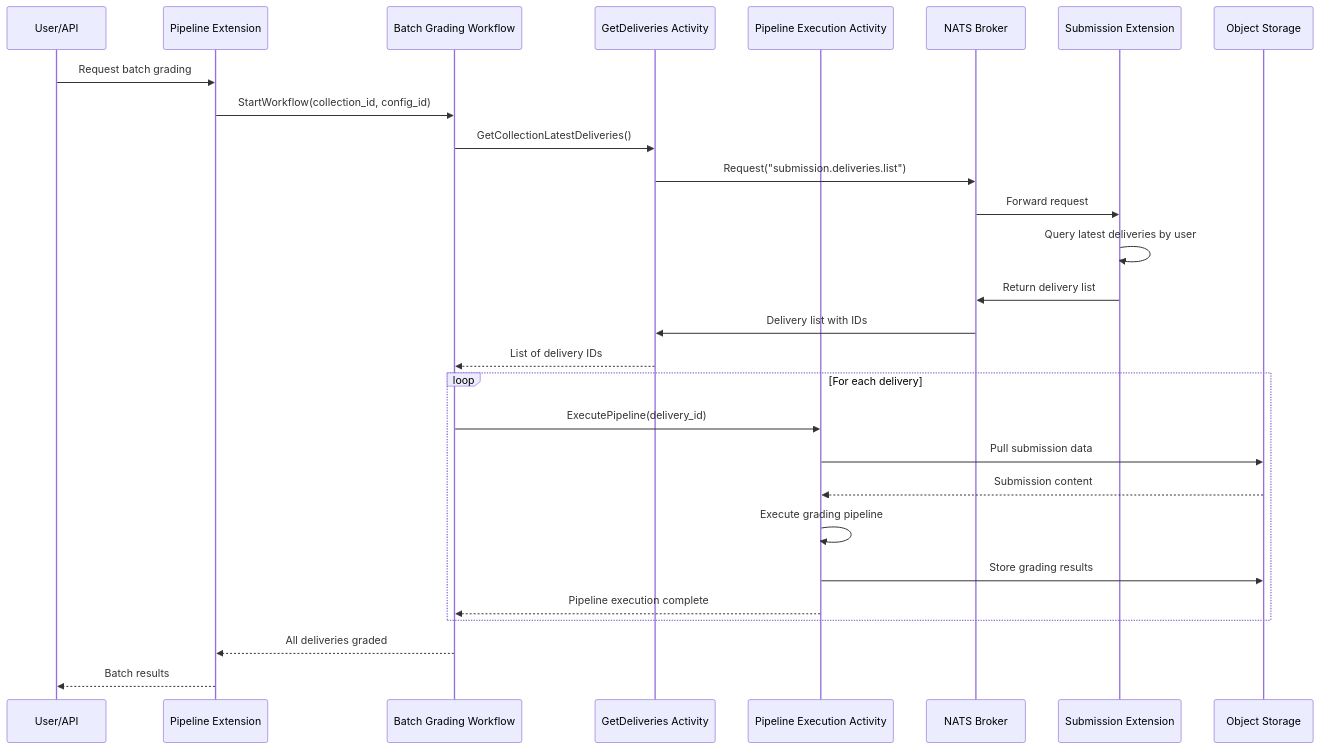
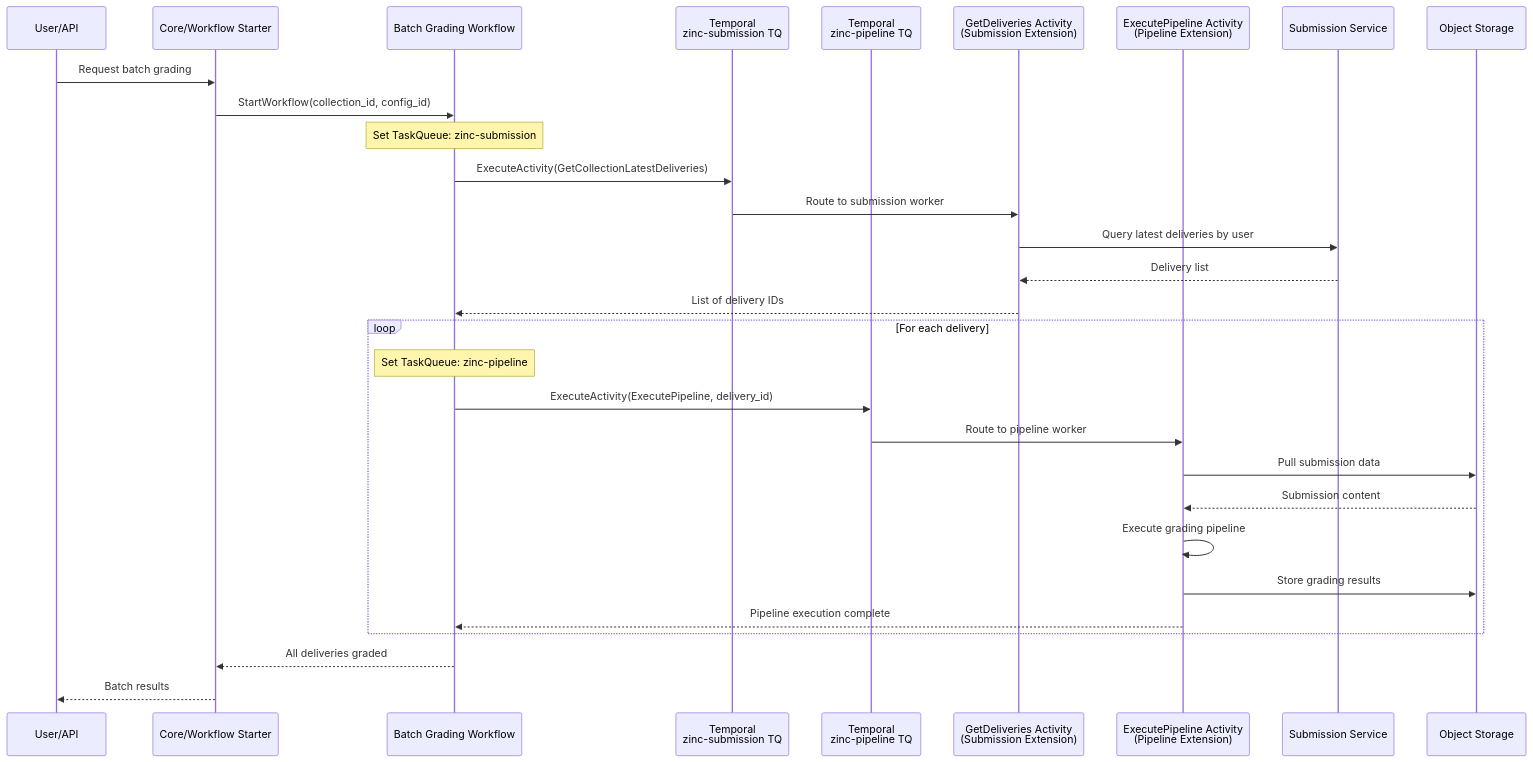
One commit to zinc-sig/affairs changed the second of 2 diagrams in rfd/0010/README.md. Above: the diagram before and after it, drawn with Mermaid. The commit also changed other lines of this file, not shown here.

First line of the commit message:
rfd/0010: Restructure to cross-task-queue architecture

````diff
--- a/rfd/0010/README.md
+++ b/rfd/0010/README.md
@@ -168,32 +184,36 @@
 ```mermaid
 sequenceDiagram
     participant User as User/API
-    participant PE as Pipeline Extension
+    participant Core as Core/Workflow Starter
     participant BW as Batch Grading Workflow
-    participant GDA as GetDeliveries Activity
-    participant PEA as Pipeline Execution Activity
-    participant NATS as NATS Broker
-    participant SE as Submission Extension
+    participant TSub as Temporal<br/>zinc-submission TQ
+    participant TPipe as Temporal<br/>zinc-pipeline TQ
+    participant SubAct as GetDeliveries Activity<br/>(Submission Extension)
+    participant PipeAct as ExecutePipeline Activity<br/>(Pipeline Extension)
+    participant SubSvc as Submission Service
     participant OS as Object Storage
 
-    User->>PE: Request batch grading
-    PE->>BW: StartWorkflow(collection_id, config_id)
-    BW->>GDA: GetCollectionLatestDeliveries()
-    GDA->>NATS: Request("submission.deliveries.list")
-    NATS->>SE: Forward request
-    SE->>SE: Query latest deliveries by user
-    SE->>NATS: Return delivery list
-    NATS->>GDA: Delivery list with IDs
-    GDA-->>BW: List of delivery IDs
+    User->>Core: Request batch grading
+    Core->>BW: StartWorkflow(collection_id, config_id)
+
+    Note over BW: Set TaskQueue: zinc-submission
+    BW->>TSub: ExecuteActivity(GetCollectionLatestDeliveries)
+    TSub->>SubAct: Route to submission worker
+    SubAct->>SubSvc: Query latest deliveries by user
+    SubSvc-->>SubAct: Delivery list
+    SubAct-->>BW: List of delivery IDs
 
     loop For each delivery
-        BW->>PEA: ExecutePipeline(delivery_id)
-        PEA->>OS: Pull submission data
-        OS-->>PEA: Submission content
-        PEA->>PEA: Execute grading pipeline
-        PEA->>OS: Store grading results
-        PEA-->>BW: Pipeline execution complete
+        Note over BW: Set TaskQueue: zinc-pipeline
+        BW->>TPipe: ExecuteActivity(ExecutePipeline, delivery_id)
+        TPipe->>PipeAct: Route to pipeline worker
+        PipeAct->>OS: Pull submission data
+        OS-->>PipeAct: Submission content
+        PipeAct->>PipeAct: Execute grading pipeline
+        PipeAct->>OS: Store grading results
+        PipeAct-->>BW: Pipeline execution complete
     end
-    BW-->>PE: All deliveries graded
-    PE-->>User: Batch results
+
+    BW-->>Core: All deliveries graded
+    Core-->>User: Batch results
 ```
````
